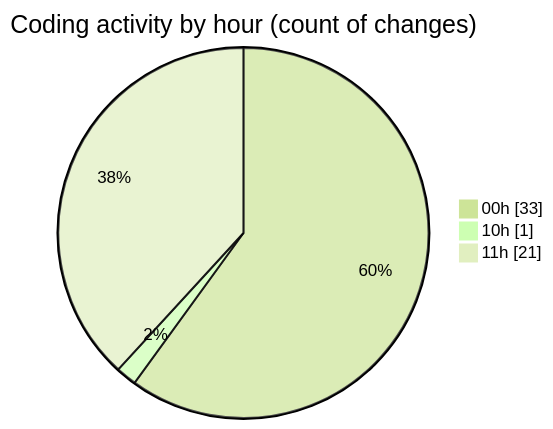
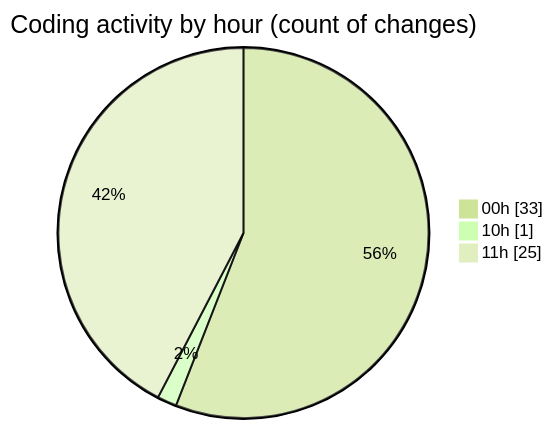
One commit to nxtqubesakshisongat/code-tracking changed the second of 2 diagrams in 2025-08-10/nxtqube_webapp/README.md. Above: the diagram before and after it, drawn with Mermaid (forest theme). The commit also changed other lines of this file and 1 other file, not shown here.

````diff
--- a/2025-08-10/nxtqube_webapp/README.md
+++ b/2025-08-10/nxtqube_webapp/README.md
@@ -29,7 +29,7 @@
 ```mermaid
 pie showData
 title Coding activity by hour (count of changes)
 "00h" : 33
 "10h" : 1
-"11h" : 21
+"11h" : 25
 ```
````
